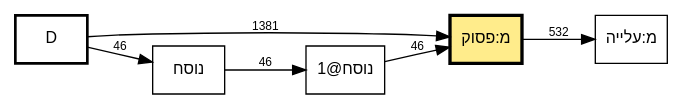
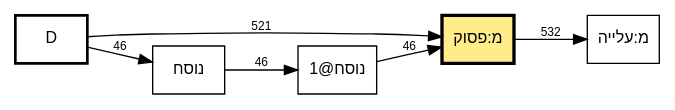
One commit to bdenckla/MAM-basics changed the diagram in out/tmpl-survey-plus/plus-mpasuq-call-graph.dot. Above: the diagram before and after it, drawn with Graphviz. The commit also changed 13 other files, not shown here.

```diff
--- a/out/tmpl-survey-plus/plus-mpasuq-call-graph.dot
+++ b/out/tmpl-survey-plus/plus-mpasuq-call-graph.dot
@@ -1,23 +1,23 @@
 // This file was generated by MAM-basics/py/main_tmpl_survey.py.
 // Do not edit by hand.
 digraph template_call_graph {
     rankdir=LR;
     node [fontname="SBL Hebrew,Helvetica", fontsize=12];
     edge [fontname="Helvetica", fontsize=9];
     graph [comment="This file was generated by MAM-basics/py/main_tmpl_survey.py."];
 
     // Column nodes
     node [shape=box, style=bold];
     "D";
 
     // Template nodes
     node [shape=box, style=""];
     "מ:פסוק" [fillcolor="lightgoldenrod1", style="filled", penwidth=2.5];
 
     // Edges
-    "D" -> "מ:פסוק" [label="1381"];
+    "D" -> "מ:פסוק" [label="521"];
     "D" -> "נוסח" [label="46"];
     "מ:פסוק" -> "מ:עלייה" [label="532"];
     "נוסח" -> "נוסח@1" [label="46"];
     "נוסח@1" -> "מ:פסוק" [label="46"];
 }
```
